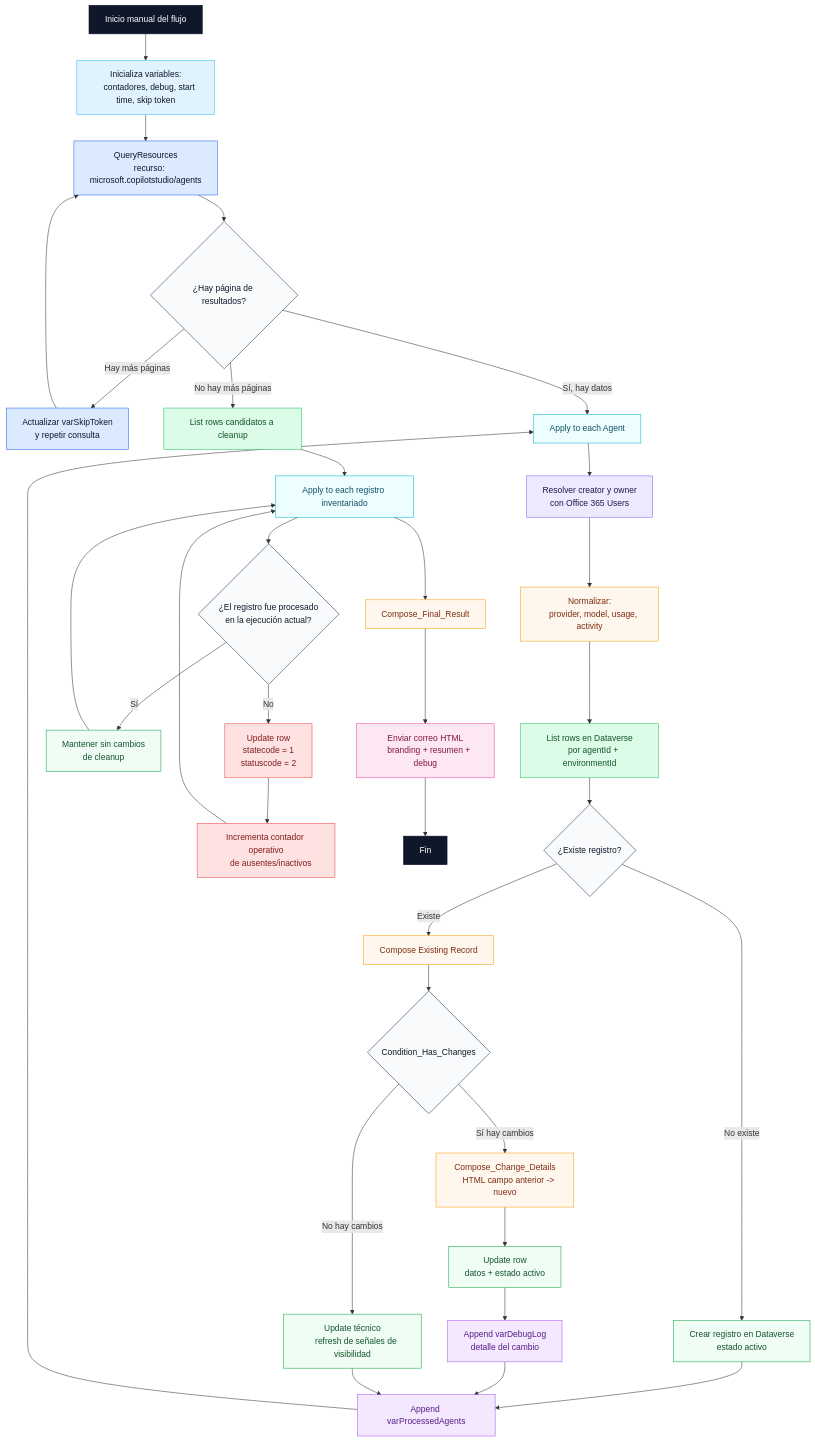
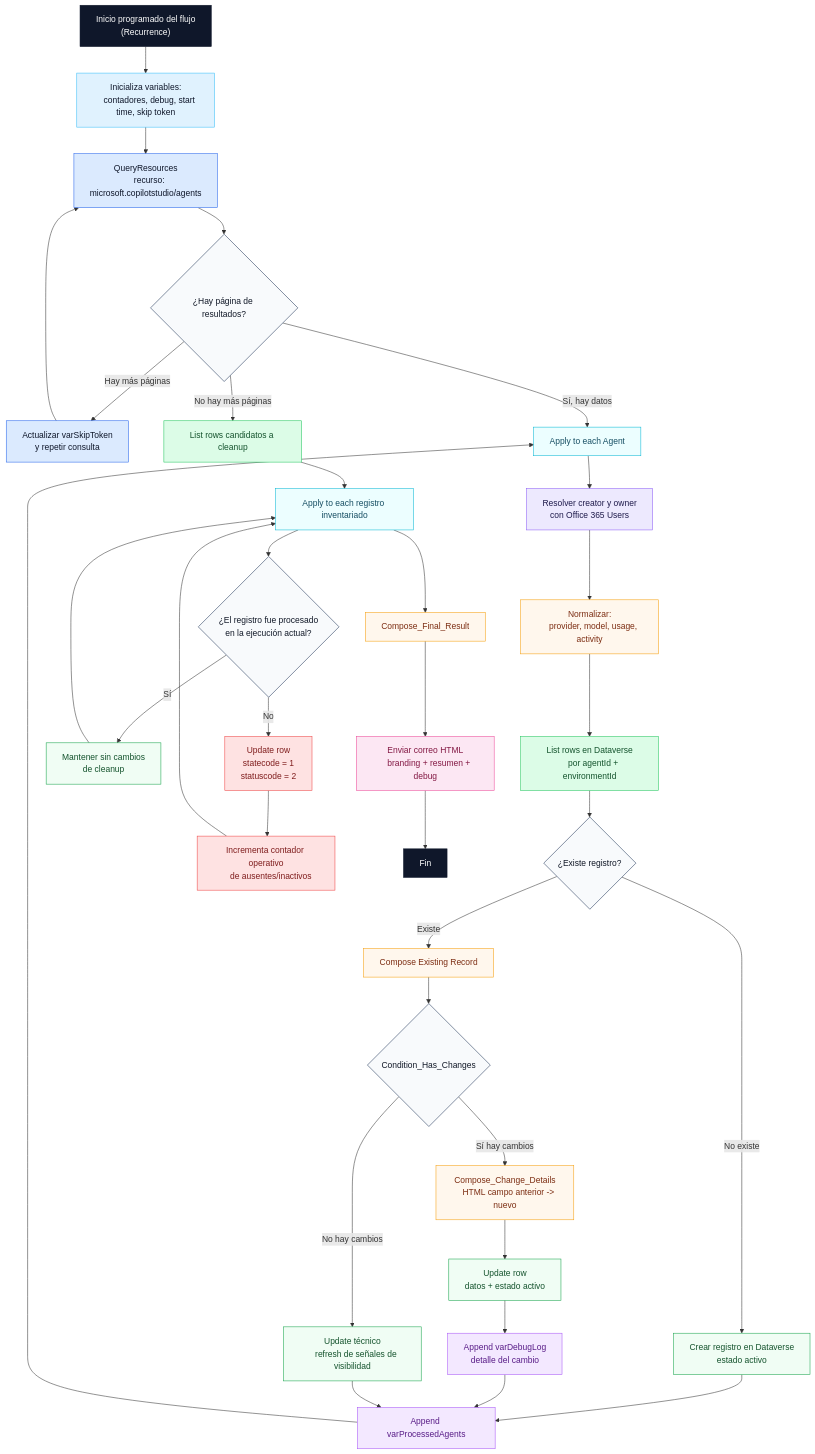
The first of 2 diagrams in 04_flujo_inventario_y_automatizacion.md (kemador1/Agent-Inventory-Tenant-wide), drawn with Mermaid before and after one commit. The commit also changed other lines of this file, not shown here.

First line of the commit message:
Switch trigger to Recurrence and rename varDeleted

````diff
--- a/04_flujo_inventario_y_automatizacion.md
+++ b/04_flujo_inventario_y_automatizacion.md
@@ -18,81 +18,82 @@
 ```mermaid
 flowchart TD
-    A["Inicio manual del flujo"]:::trigger
+    A["Inicio programado del flujo
+    (Recurrence)"]:::trigger
     B["Inicializa variables:
     contadores, debug, start time, skip token"]:::init
     C["QueryResources
     recurso: microsoft.copilotstudio/agents"]:::source
     D{"¿Hay página de resultados?"}:::decision
     E["Actualizar varSkipToken
     y repetir consulta"]:::source
 
     F["Apply to each Agent"]:::loop
     G["Resolver creator y owner
     con Office 365 Users"]:::identity
     H["Normalizar:
     provider, model, usage, activity"]:::compose
     I["List rows en Dataverse
     por agentId + environmentId"]:::dataverse
     J{"¿Existe registro?"}:::decision
 
     K["Crear registro en Dataverse
     estado activo"]:::write
     L["Compose Existing Record"]:::compose
     M{"Condition_Has_Changes"}:::decision
     N["Compose_Change_Details
     HTML campo anterior -> nuevo"]:::compose
     O["Update row
     datos + estado activo"]:::write
     P["Append varDebugLog
     detalle del cambio"]:::log
     Q["Update técnico
     refresh de señales de visibilidad"]:::write
     R["Append varProcessedAgents"]:::log
 
     S["List rows candidatos a cleanup"]:::dataverse
     T["Apply to each registro inventariado"]:::loop
     U{"¿El registro fue procesado
     en la ejecución actual?"}:::decision
     V["Mantener sin cambios
     de cleanup"]:::write
     W["Update row
     statecode = 1
     statuscode = 2"]:::cleanup
     X["Incrementa contador operativo
     de ausentes/inactivos"]:::cleanup
 
     Y["Compose_Final_Result"]:::compose
     Z["Enviar correo HTML
     branding + resumen + debug"]:::mail
     AA["Fin"]:::trigger
 
     A --> B --> C --> D
     D -->|Sí, hay datos| F
     D -->|Hay más páginas| E --> C
     D -->|No hay más páginas| S
 
     F --> G --> H --> I --> J
     J -->|No existe| K --> R
     J -->|Existe| L --> M
     M -->|Sí hay cambios| N --> O --> P --> R
     M -->|No hay cambios| Q --> R
     R --> F
 
     S --> T --> U
     U -->|Sí| V --> T
     U -->|No| W --> X --> T
     T --> Y --> Z --> AA
 
     classDef trigger fill:#0f172a,color:#ffffff,stroke:#0f172a,stroke-width:1px;
     classDef init fill:#e0f2fe,color:#0f172a,stroke:#38bdf8,stroke-width:1px;
     classDef source fill:#dbeafe,color:#0f172a,stroke:#2563eb,stroke-width:1px;
     classDef identity fill:#ede9fe,color:#1f1b4b,stroke:#8b5cf6,stroke-width:1px;
     classDef compose fill:#fff7ed,color:#7c2d12,stroke:#f59e0b,stroke-width:1px;
     classDef dataverse fill:#dcfce7,color:#14532d,stroke:#22c55e,stroke-width:1px;
     classDef write fill:#f0fdf4,color:#14532d,stroke:#16a34a,stroke-width:1px;
     classDef cleanup fill:#fee2e2,color:#7f1d1d,stroke:#ef4444,stroke-width:1px;
     classDef mail fill:#fce7f3,color:#831843,stroke:#ec4899,stroke-width:1px;
     classDef log fill:#f3e8ff,color:#581c87,stroke:#a855f7,stroke-width:1px;
     classDef loop fill:#ecfeff,color:#164e63,stroke:#06b6d4,stroke-width:1px;
     classDef decision fill:#f8fafc,color:#111827,stroke:#64748b,stroke-width:1.5px;
 ```
````
